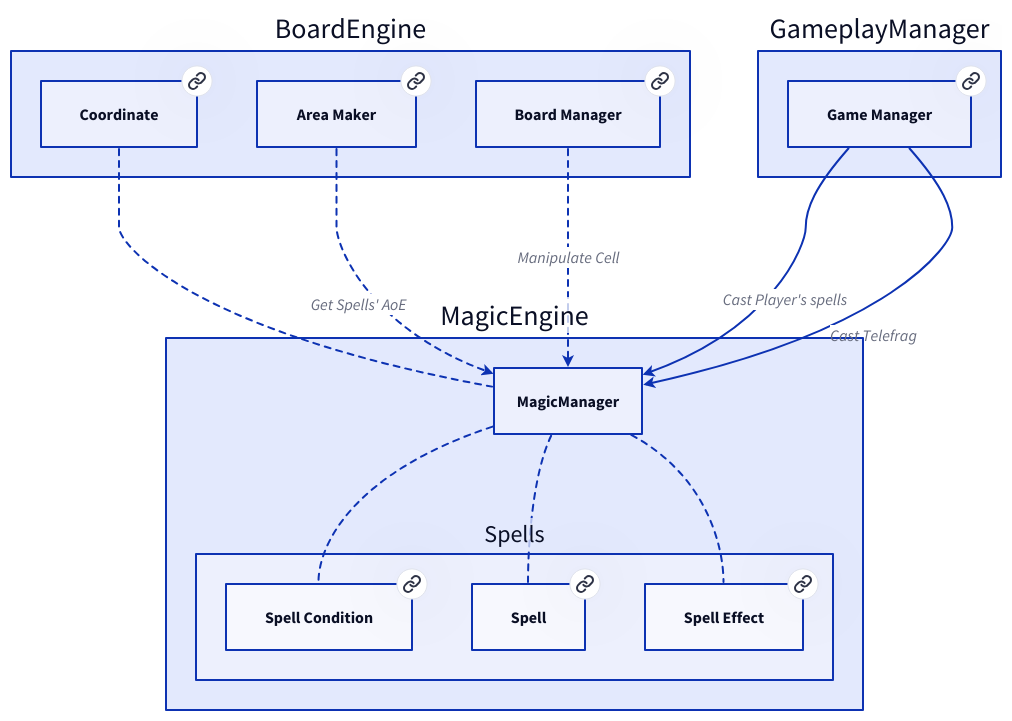
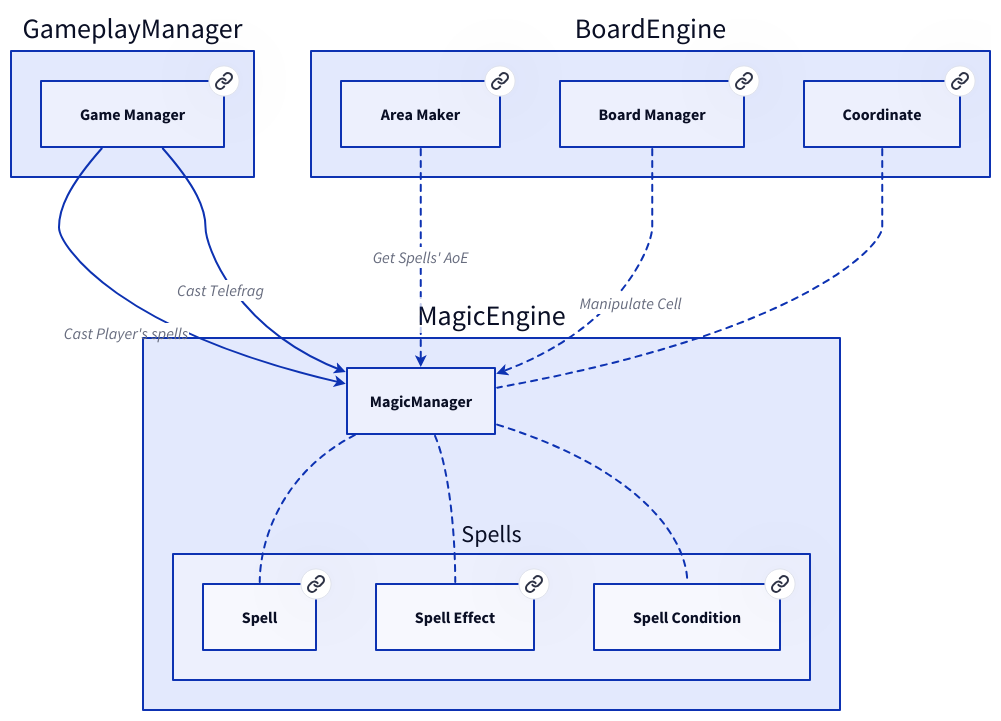
One commit to Portevent/Brume-Documentation changed the diagram in doc/MagicEngine/MagicManager.md. Above: the diagram before and after it, drawn with D2. The commit also changed other lines of this file and 79 other files, not shown here.

````diff
--- a/doc/MagicEngine/MagicManager.md
+++ b/doc/MagicEngine/MagicManager.md
@@ -10,55 +10,55 @@
 ```d2
 # Nodes :
+GameplayManager: {
+    GameManager: Game Manager {
+       link: GameManager
+    }
+}
 BoardEngine: {
     AreaMaker: Area Maker {
        link: AreaMaker
     }
+    BoardManager: Board Manager {
+       link: BoardManager
+    }
     Coordinate: Coordinate {
        link: Coordinate
-    }
-    BoardManager: Board Manager {
-       link: BoardManager
     }
 }
 MagicEngine: {
     Spells: {
         SpellCondition: Spell Condition {
            link: SpellCondition
         }
         Spell: Spell {
            link: Spell
         }
         SpellEffect: Spell Effect {
            link: SpellEffect
         }
     }
 }
-GameplayManager: {
-    GameManager: Game Manager {
-       link: GameManager
-    }
-}
 
 # Links :
 BoardEngine.Coordinate -- MagicEngine.MagicManager: {style.stroke-dash: 3}
 MagicEngine.MagicManager -- MagicEngine.Spells.Spell: {style.stroke-dash: 3}
 MagicEngine.MagicManager -- MagicEngine.Spells.SpellEffect: {style.stroke-dash: 3}
 MagicEngine.MagicManager -- MagicEngine.Spells.SpellCondition: {style.stroke-dash: 3}
+GameplayManager.GameManager -> MagicEngine.MagicManager: Cast Player's spells {
+source-arrowhead: {}
+target-arrowhead: {shape: arrow}
+}
+GameplayManager.GameManager -> MagicEngine.MagicManager: Cast Telefrag {
+source-arrowhead: {}
+target-arrowhead: {shape: arrow}
+}
 BoardEngine.AreaMaker -> MagicEngine.MagicManager: Get Spells' AoE {style.stroke-dash: 3
 source-arrowhead: {}
 target-arrowhead: {shape: arrow}
 }
 BoardEngine.BoardManager -> MagicEngine.MagicManager: Manipulate Cell {style.stroke-dash: 3
 source-arrowhead: {}
 target-arrowhead: {shape: arrow}
 }
-GameplayManager.GameManager -> MagicEngine.MagicManager: Cast Player's spells {
-source-arrowhead: {}
-target-arrowhead: {shape: arrow}
-}
-GameplayManager.GameManager -> MagicEngine.MagicManager: Cast Telefrag {
-source-arrowhead: {}
-target-arrowhead: {shape: arrow}
-}
 
 ```
````
